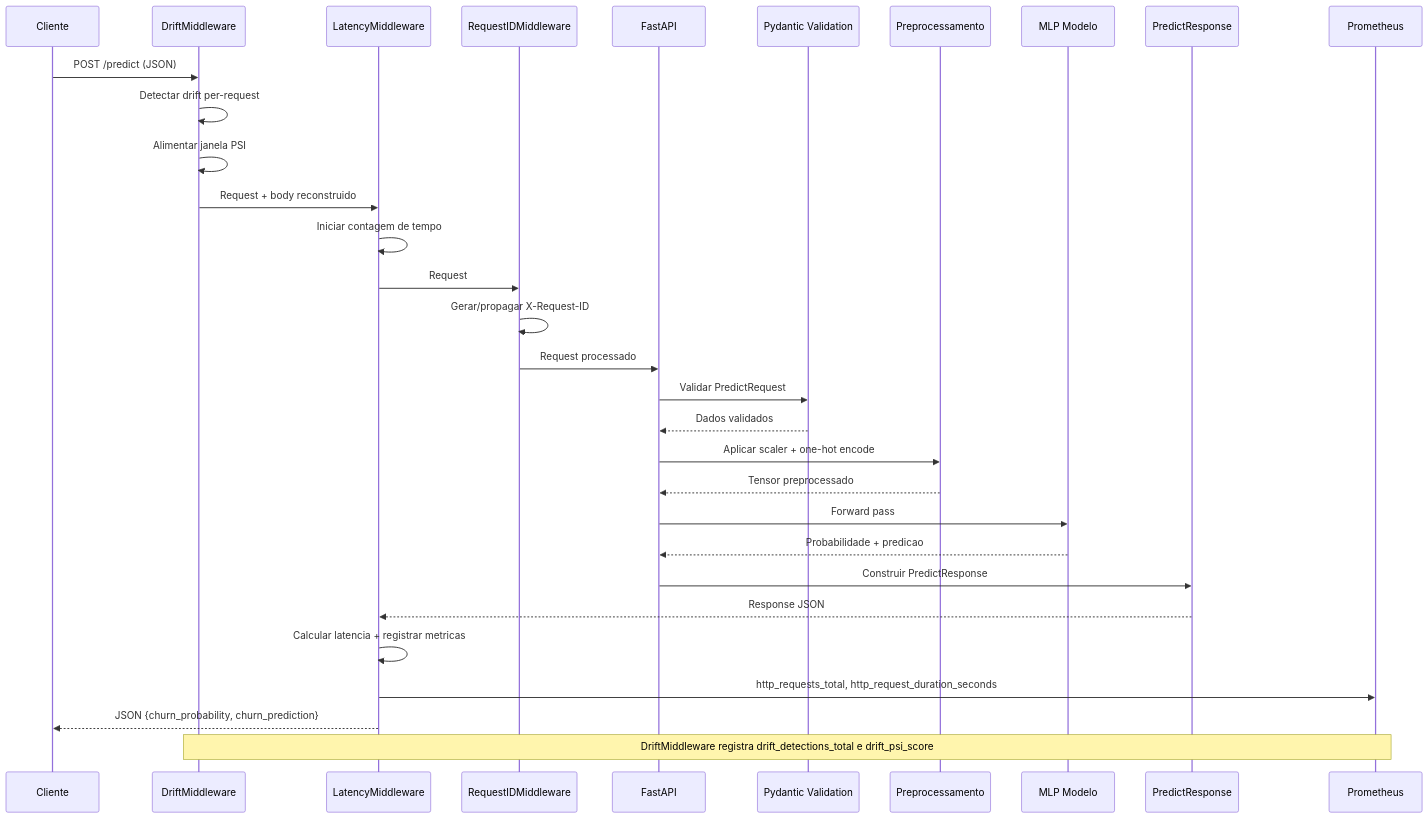
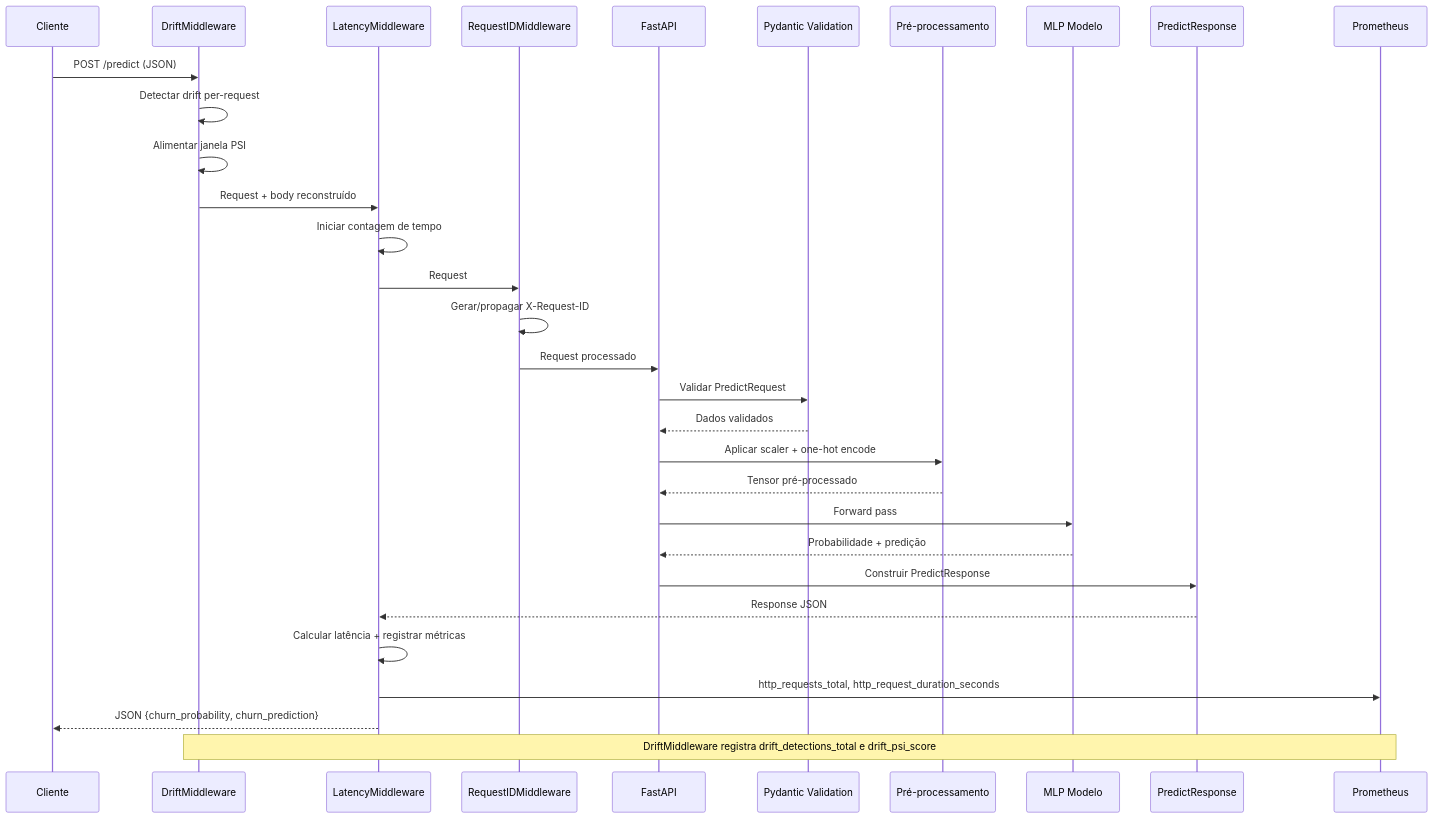
One commit to FernandoFailla/tech-challenge-fase-1 changed the second of 4 diagrams in docs/ARQUITETURA_DE_DEPLOY.md. Above: the diagram before and after it, drawn with Mermaid. The commit also changed other lines of this file and 8 other files, not shown here.

````diff
--- a/docs/ARQUITETURA_DE_DEPLOY.md
+++ b/docs/ARQUITETURA_DE_DEPLOY.md
@@ -314,34 +314,34 @@
 ```mermaid
 sequenceDiagram
     participant C as Cliente
     participant DMW as DriftMiddleware
     participant LMW as LatencyMiddleware
     participant RID as RequestIDMiddleware
     participant API as FastAPI
     participant V as Pydantic Validation
-    participant P as Preprocessamento
+    participant P as Pré-processamento
     participant M as MLP Modelo
     participant R as PredictResponse
     participant PR as Prometheus
 
     C->>DMW: POST /predict (JSON)
     DMW->>DMW: Detectar drift per-request
     DMW->>DMW: Alimentar janela PSI
-    DMW->>LMW: Request + body reconstruido
+    DMW->>LMW: Request + body reconstruído
     LMW->>LMW: Iniciar contagem de tempo
     LMW->>RID: Request
     RID->>RID: Gerar/propagar X-Request-ID
     RID->>API: Request processado
     API->>V: Validar PredictRequest
     V-->>API: Dados validados
     API->>P: Aplicar scaler + one-hot encode
-    P-->>API: Tensor preprocessado
+    P-->>API: Tensor pré-processado
     API->>M: Forward pass
-    M-->>API: Probabilidade + predicao
+    M-->>API: Probabilidade + predição
     API->>R: Construir PredictResponse
     R-->>LMW: Response JSON
-    LMW->>LMW: Calcular latencia + registrar metricas
+    LMW->>LMW: Calcular latência + registrar métricas
     LMW->>PR: http_requests_total, http_request_duration_seconds
     LMW-->>C: JSON {churn_probability, churn_prediction}
     Note over DMW,PR: DriftMiddleware registra drift_detections_total e drift_psi_score
 ```
````
